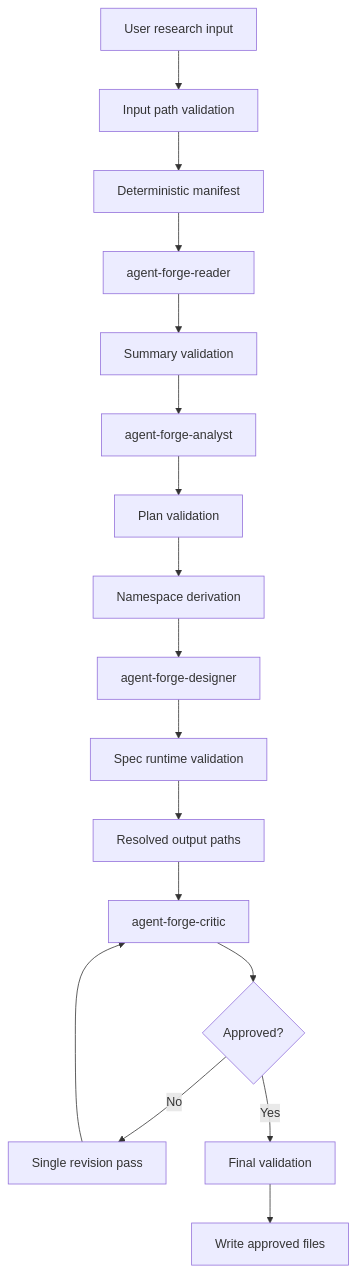
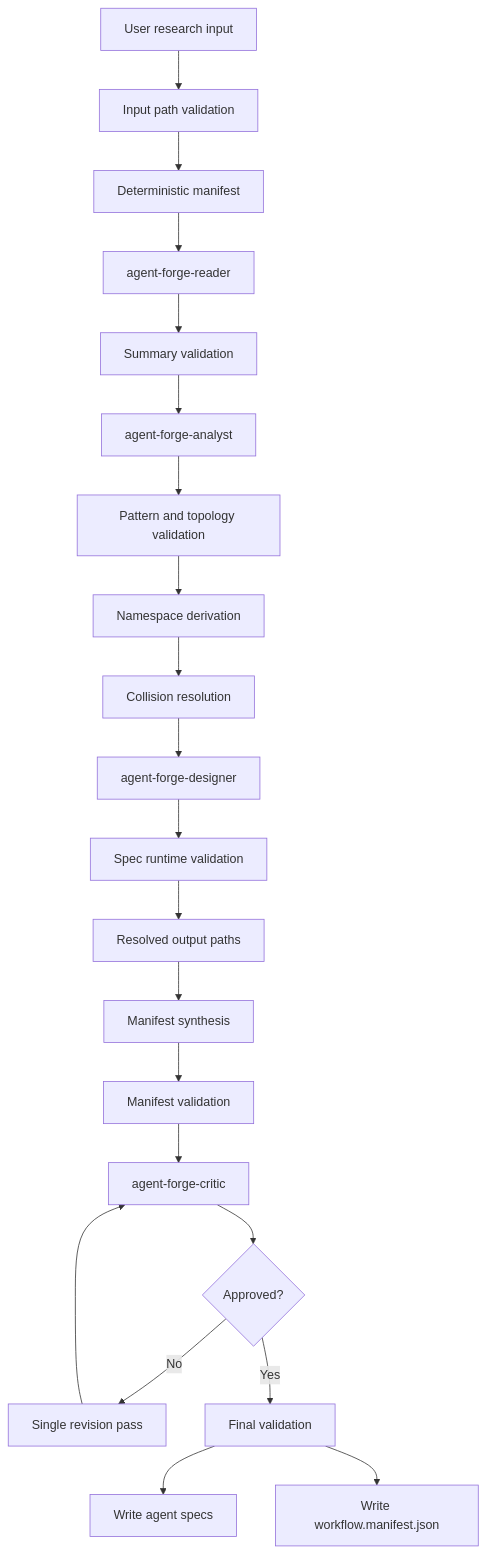
The first of 3 diagrams in forge/README.md (LehlomelaM/agents), drawn with Mermaid before and after one commit. The commit also changed other lines of this file and 6 other files, not shown here.

Commit message:
add forge v2 workflow manifest model

````diff
--- a/forge/README.md
+++ b/forge/README.md
@@ -43,19 +75,23 @@
 ```mermaid
 flowchart TD
     A[User research input] --> B[Input path validation]
     B --> C[Deterministic manifest]
     C --> D[agent-forge-reader]
     D --> E[Summary validation]
     E --> F[agent-forge-analyst]
-    F --> G[Plan validation]
+    F --> G[Pattern and topology validation]
     G --> H[Namespace derivation]
-    H --> I[agent-forge-designer]
-    I --> J[Spec runtime validation]
-    J --> K[Resolved output paths]
-    K --> L[agent-forge-critic]
-    L --> M{Approved?}
-    M -- No --> N[Single revision pass]
-    N --> L
-    M -- Yes --> O[Final validation]
-    O --> P[Write approved files]
+    H --> I[Collision resolution]
+    I --> J[agent-forge-designer]
+    J --> K[Spec runtime validation]
+    K --> L[Resolved output paths]
+    L --> M[Manifest synthesis]
+    M --> N[Manifest validation]
+    N --> O[agent-forge-critic]
+    O --> P{Approved?}
+    P -- No --> Q[Single revision pass]
+    Q --> O
+    P -- Yes --> R[Final validation]
+    R --> S[Write agent specs]
+    R --> T[Write workflow.manifest.json]
 ```
````
